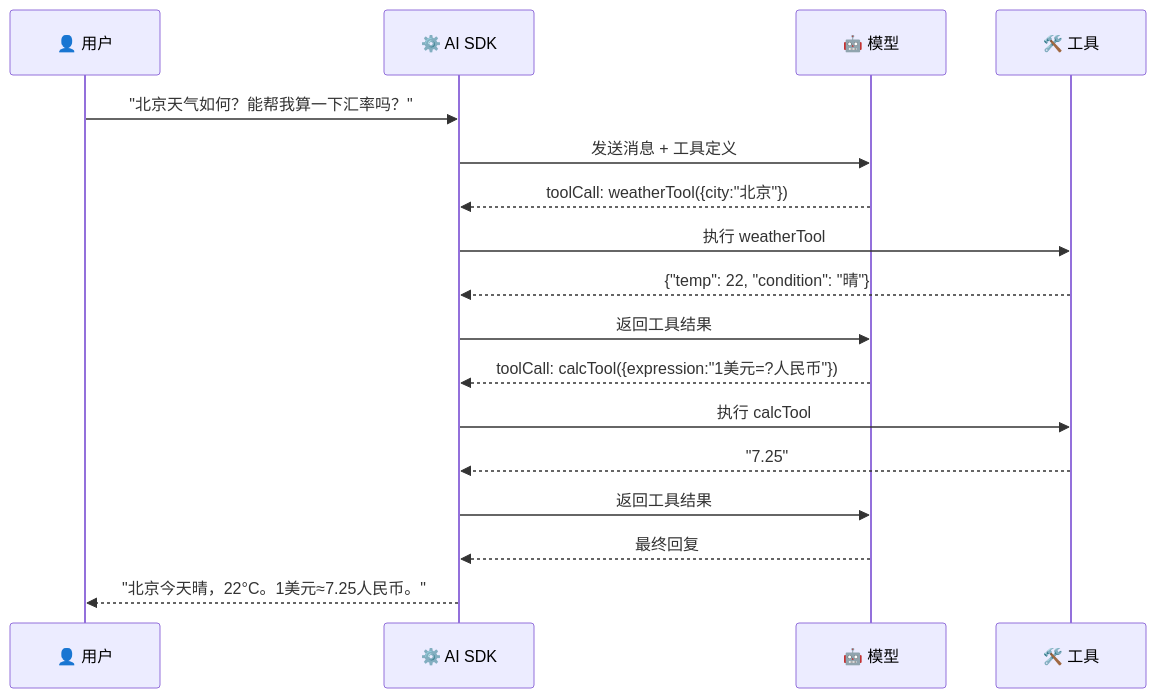
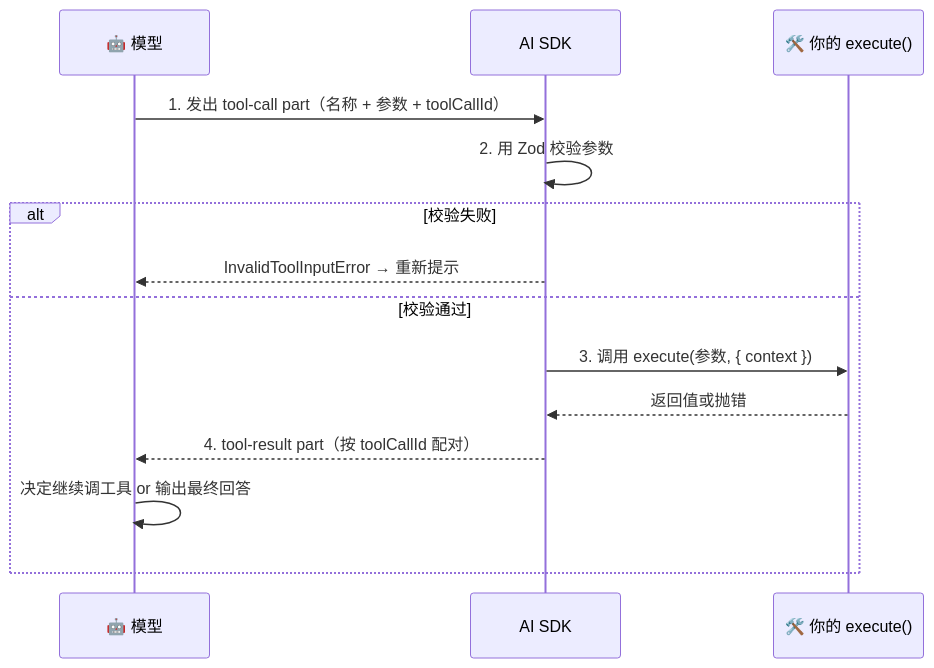
Before and after one commit to KMaybe01/interview-demo: the second of 3 diagrams in docs/S5-AI/实战篇/09-AI SDK 数据连接与聊天.md, drawn with Mermaid. The commit also changed other lines of this file and 2 other files, not shown here.

````diff
--- a/docs/S5-AI/实战篇/09-AI SDK 数据连接与聊天.md
+++ b/docs/S5-AI/实战篇/09-AI SDK 数据连接与聊天.md
@@ -570,20 +381,17 @@
 ```mermaid
 sequenceDiagram
-    participant User as 👤 用户
-    participant SDK as ⚙️ AI SDK
-    participant LLM as 🤖 模型
-    participant Tools as 🛠️ 工具
+    participant M as 🤖 模型
+    participant SDK as AI SDK
+    participant T as 🛠️ 你的 execute()
 
-    User->>SDK: "北京天气如何？能帮我算一下汇率吗？"
-    SDK->>LLM: 发送消息 + 工具定义
-    LLM-->>SDK: toolCall: weatherTool({city:"北京"})
-    SDK->>Tools: 执行 weatherTool
-    Tools-->>SDK: {"temp": 22, "condition": "晴"}
-    SDK->>LLM: 返回工具结果
-    LLM-->>SDK: toolCall: calcTool({expression:"1美元=?人民币"})
-    SDK->>Tools: 执行 calcTool
-    Tools-->>SDK: "7.25"
-    SDK->>LLM: 返回工具结果
-    LLM-->>SDK: 最终回复
-    SDK-->>User: "北京今天晴，22°C。1美元≈7.25人民币。"
+    M->>SDK: 1. 发出 tool-call part（名称 + 参数 + toolCallId）
+    SDK->>SDK: 2. 用 Zod 校验参数
+    alt 校验失败
+        SDK-->>M: InvalidToolInputError → 重新提示
+    else 校验通过
+        SDK->>T: 3. 调用 execute(参数, { context })
+        T-->>SDK: 返回值或抛错
+        SDK-->>M: 4. tool-result part（按 toolCallId 配对）
+        M->>M: 决定继续调工具 or 输出最终回答
+    end
 ```
````
